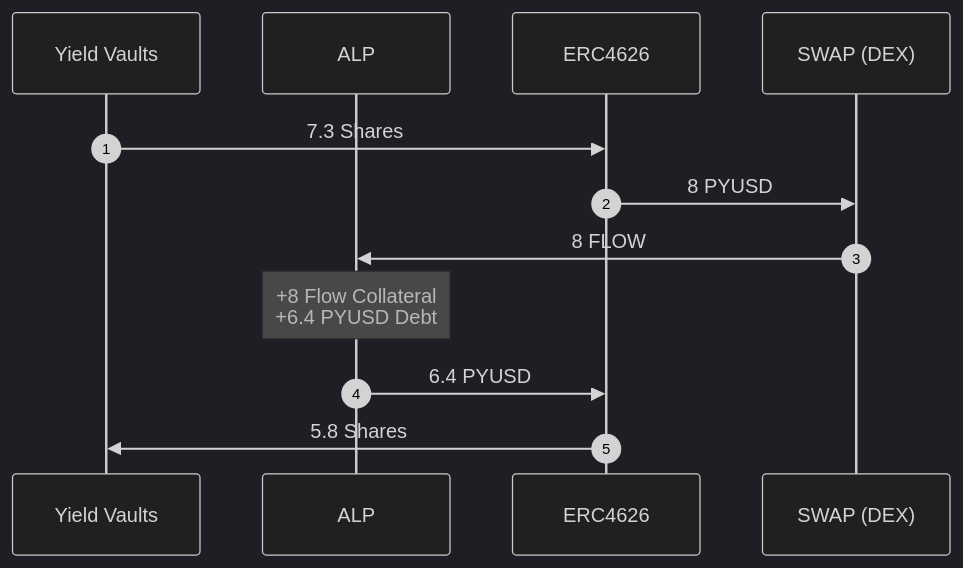
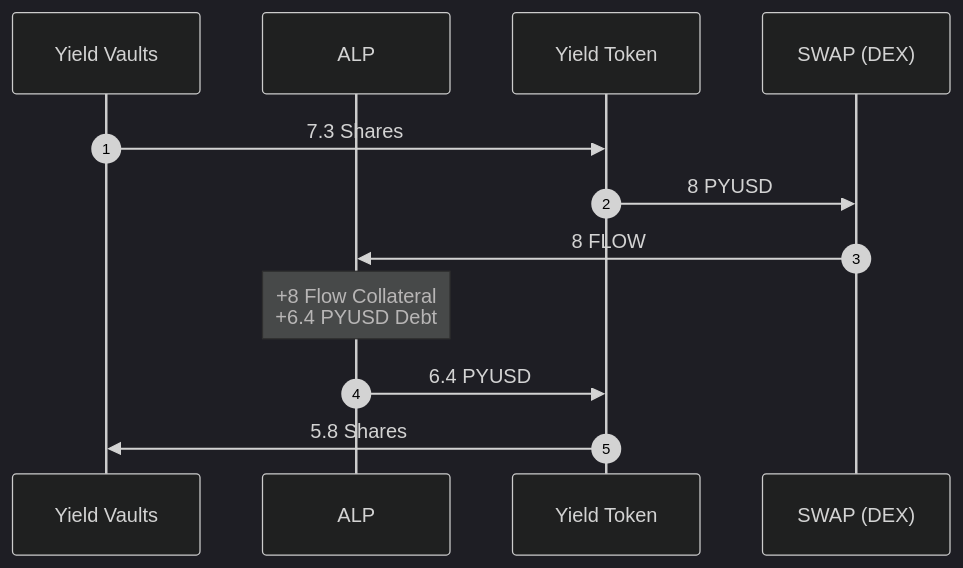
Before and after one commit to holyfuchs/flow-docs: the second of 3 diagrams in Readme.md, drawn with Mermaid (dark theme). The commit also changed other lines of this file and 3 other files, not shown here.

````diff
--- a/Readme.md
+++ b/Readme.md
@@ -21,15 +21,15 @@
 ```mermaid
 sequenceDiagram
     autonumber
     participant YV as Yield Vaults
     participant ALP as ALP
-    participant ERC as ERC4626
+    participant ERC as Yield Token
     participant SW as SWAP (DEX)
 
     YV->>ERC: 7.3 Shares
     ERC->>SW: 8 PYUSD
     SW->>ALP: 8 FLOW
     Note over ALP: +8 Flow Collateral<br>+6.4 PYUSD Debt
     ALP->>ERC: 6.4 PYUSD
     ERC->>YV: 5.8 Shares
 ```
````
